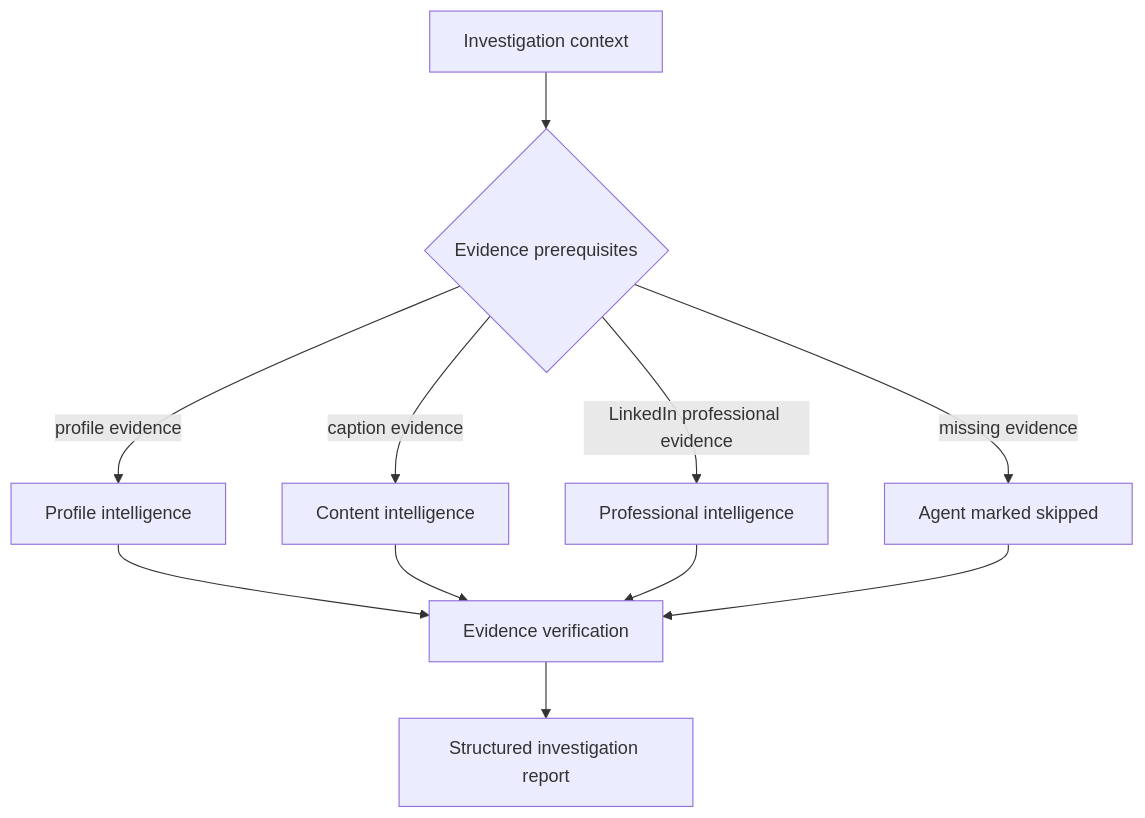
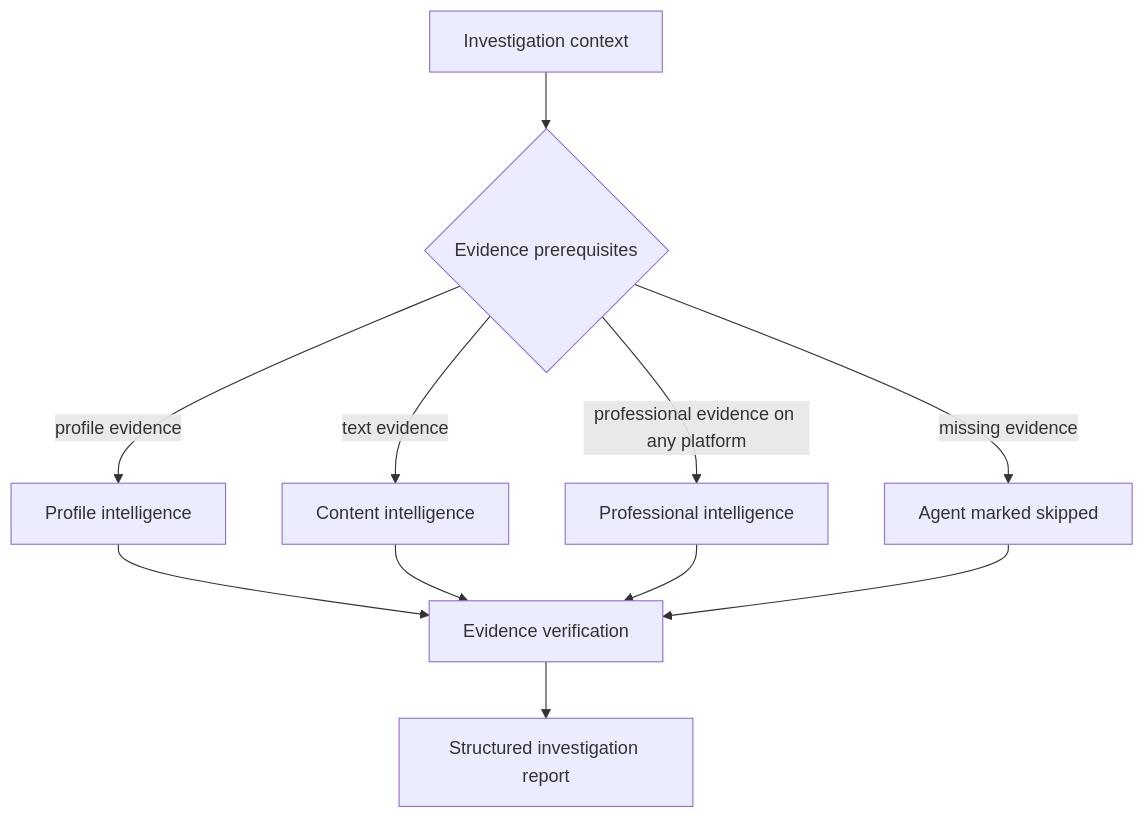
Before and after one commit to Rohit3435/truesight: the diagram in docs/MULTI_AGENT_ARCHITECTURE.md, drawn with Mermaid. The commit also changed other lines of this file and 18 other files, not shown here.

````diff
--- a/docs/MULTI_AGENT_ARCHITECTURE.md
+++ b/docs/MULTI_AGENT_ARCHITECTURE.md
@@ -7,13 +7,13 @@
 ```mermaid
 flowchart TD
   I[Investigation context] --> R{Evidence prerequisites}
   R -->|profile evidence| P[Profile intelligence]
-  R -->|caption evidence| C[Content intelligence]
-  R -->|LinkedIn professional evidence| W[Professional intelligence]
+  R -->|text evidence| C[Content intelligence]
+  R -->|professional evidence on any platform| W[Professional intelligence]
   R -->|missing evidence| S[Agent marked skipped]
   P --> V[Evidence verification]
   C --> V
   W --> V
   S --> V
   V --> O[Structured investigation report]
 ```
````
